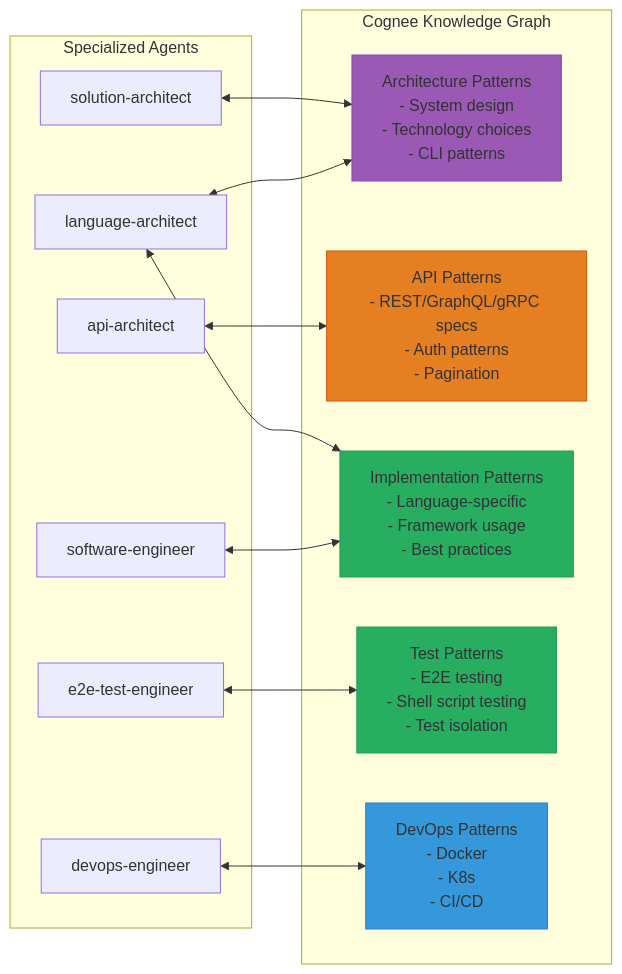
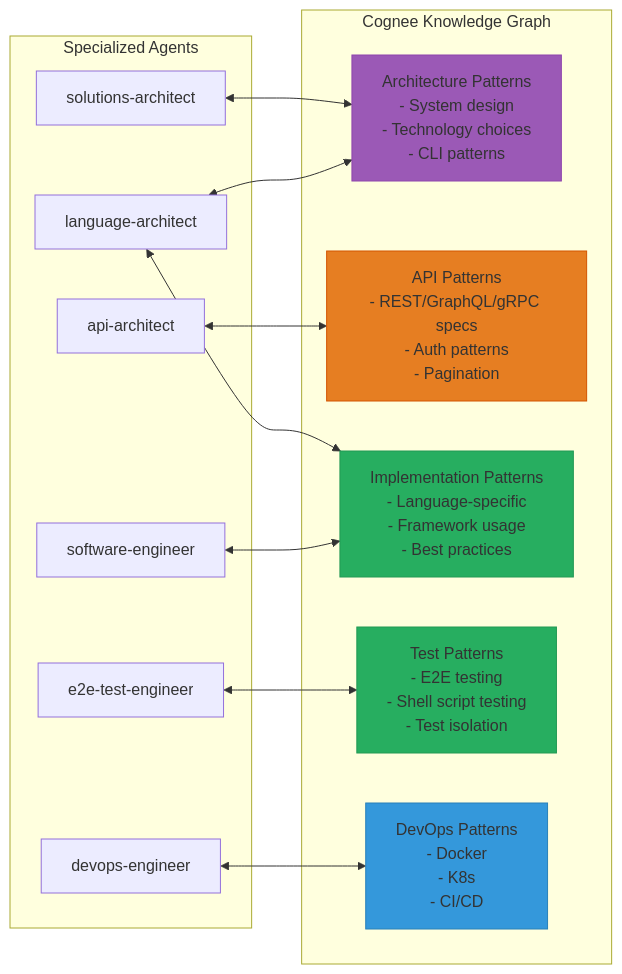
One commit to twistingmercury/claude-code-setup changed the eighth of 10 diagrams in agents/ABOUT-THE-AGENTS.md. Above: the diagram before and after it, drawn with Mermaid. The commit also changed other lines of this file and 16 other files, not shown here.

````diff
--- a/agents/ABOUT-THE-AGENTS.md
+++ b/agents/ABOUT-THE-AGENTS.md
@@ -311,34 +311,34 @@
 ```mermaid
 graph LR
 subgraph "Specialized Agents"
-SoftArch[solution-architect]
+SoftArch[solutions-architect]
 LangArch[language-architect]
 APIArch[api-architect]
 SoftEng[software-engineer]
 E2EEng[e2e-test-engineer]
 DevOpsEng[devops-engineer]
 end
 
     subgraph "Cognee Knowledge Graph"
         Arch_Patterns[Architecture Patterns<br/>- System design<br/>- Technology choices<br/>- CLI patterns]
         API_Patterns[API Patterns<br/>- REST/GraphQL/gRPC specs<br/>- Auth patterns<br/>- Pagination]
         Impl_Patterns[Implementation Patterns<br/>- Language-specific<br/>- Framework usage<br/>- Best practices]
         Test_Patterns[Test Patterns<br/>- E2E testing<br/>- Shell script testing<br/>- Test isolation]
         DevOps_Patterns[DevOps Patterns<br/>- Docker<br/>- K8s<br/>- CI/CD]
     end
 
     SoftArch <--> Arch_Patterns
     LangArch <--> Arch_Patterns
     LangArch <--> Impl_Patterns
     APIArch <--> API_Patterns
     SoftEng <--> Impl_Patterns
     E2EEng <--> Test_Patterns
     DevOpsEng <--> DevOps_Patterns
 
     style Arch_Patterns fill:#9b59b6,stroke:#8e44ad
     style API_Patterns fill:#e67e22,stroke:#d35400
     style Impl_Patterns fill:#27ae60,stroke:#229954
     style Test_Patterns fill:#27ae60,stroke:#229954
     style DevOps_Patterns fill:#3498db,stroke:#2980b9
 
 ```
````
